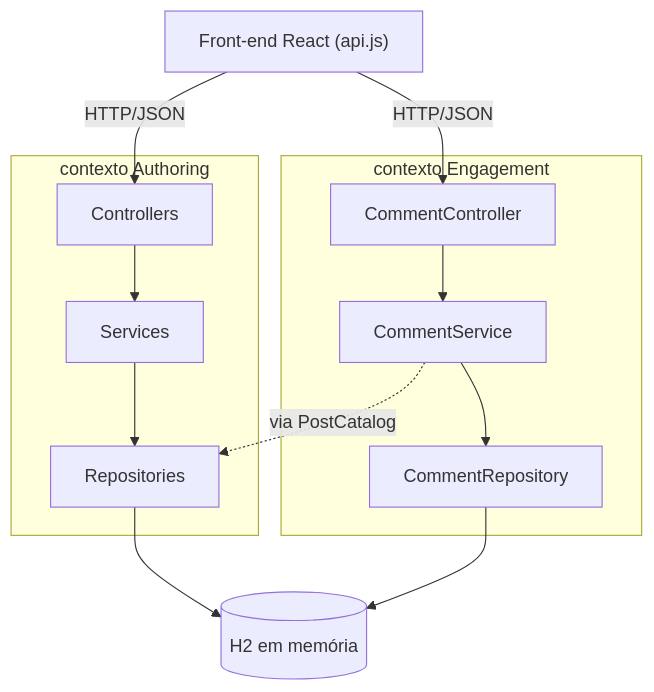
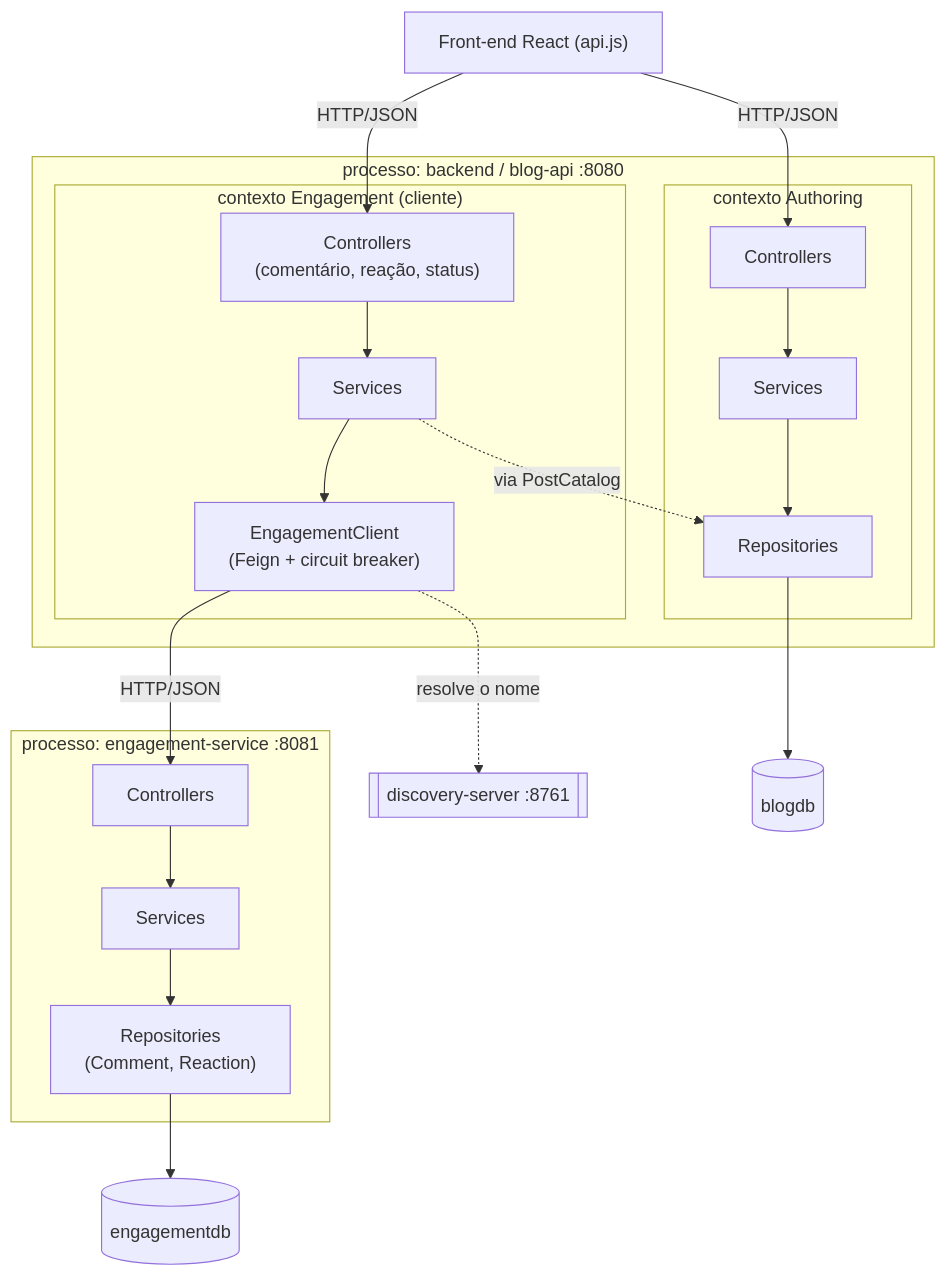
Before and after one commit to vctorgriggi/Projeto-Bloco-Teste-Performance-02: the first of 3 diagrams in docs/ARQUITETURA.md, drawn with Mermaid. The commit also changed other lines of this file and 98 other files, not shown here.

````diff
--- a/docs/ARQUITETURA.md
+++ b/docs/ARQUITETURA.md
@@ -71,26 +100,39 @@
 ```mermaid
 flowchart TD
     FE["Front-end React (api.js)"]
 
-    subgraph Authoring["contexto Authoring"]
-        AC["Controllers"]
-        AS["Services"]
-        AR["Repositories"]
-        AC --> AS --> AR
+    subgraph Mono["processo: backend / blog-api :8080"]
+        subgraph Authoring["contexto Authoring"]
+            AC["Controllers"]
+            AS["Services"]
+            AR["Repositories"]
+            AC --> AS --> AR
+        end
+
+        subgraph EngCli["contexto Engagement (cliente)"]
+            EC["Controllers<br/>(comentário, reação, status)"]
+            ES["Services"]
+            ECL["EngagementClient<br/>(Feign + circuit breaker)"]
+            EC --> ES --> ECL
+        end
     end
 
-    subgraph Engagement["contexto Engagement"]
-        EC["CommentController"]
-        ES["CommentService"]
-        ER["CommentRepository"]
-        EC --> ES --> ER
+    subgraph Micro["processo: engagement-service :8081"]
+        MC["Controllers"]
+        MS["Services"]
+        MR["Repositories<br/>(Comment, Reaction)"]
+        MC --> MS --> MR
     end
 
-    DB[("H2 em memória")]
+    EUREKA[["discovery-server :8761"]]
+    DB1[("blogdb")]
+    DB2[("engagementdb")]
 
     FE -->|HTTP/JSON| AC
     FE -->|HTTP/JSON| EC
     ES -.via PostCatalog.-> AR
-    AR --> DB
-    ER --> DB
+    ECL -->|"HTTP/JSON"| MC
+    ECL -.resolve o nome.-> EUREKA
+    AR --> DB1
+    MR --> DB2
 ```
````
